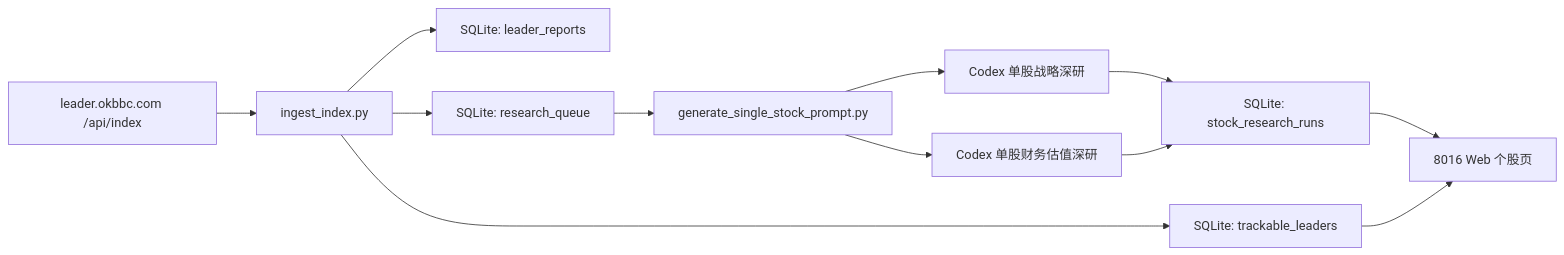
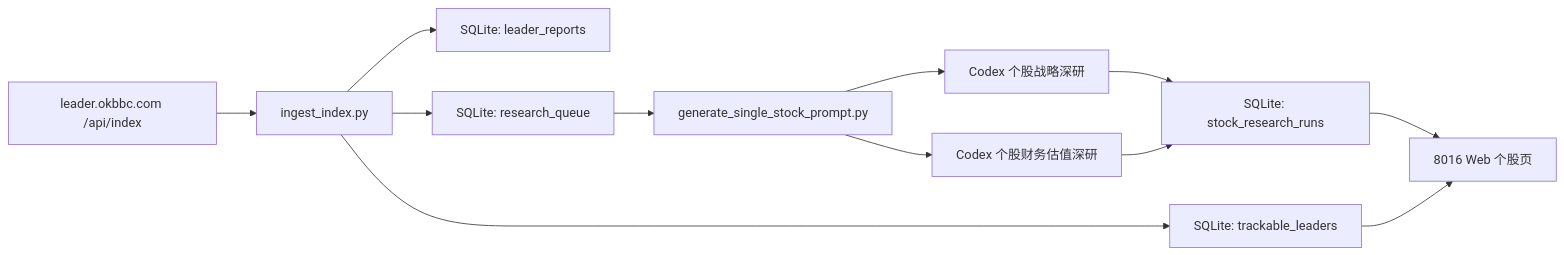
The diagram in docs/ARCHITECTURE.md (imherro/MyInvestStock), drawn with Mermaid before and after one commit. The commit also changed other lines of this file and 6 other files, not shown here.

````diff
--- a/docs/ARCHITECTURE.md
+++ b/docs/ARCHITECTURE.md
@@ -18,14 +18,14 @@
 ```mermaid
 flowchart LR
   A["leader.okbbc.com /api/index"] --> B["ingest_index.py"]
   B --> C["SQLite: leader_reports"]
   B --> D["SQLite: trackable_leaders"]
   B --> E["SQLite: research_queue"]
   E --> F["generate_single_stock_prompt.py"]
-  F --> G1["Codex 单股战略深研"]
-  F --> G2["Codex 单股财务估值深研"]
+  F --> G1["Codex 个股战略深研"]
+  F --> G2["Codex 个股财务估值深研"]
   G1 --> H["SQLite: stock_research_runs"]
   G2 --> H
   H --> I["8016 Web 个股页"]
   D --> I
 ```
````
